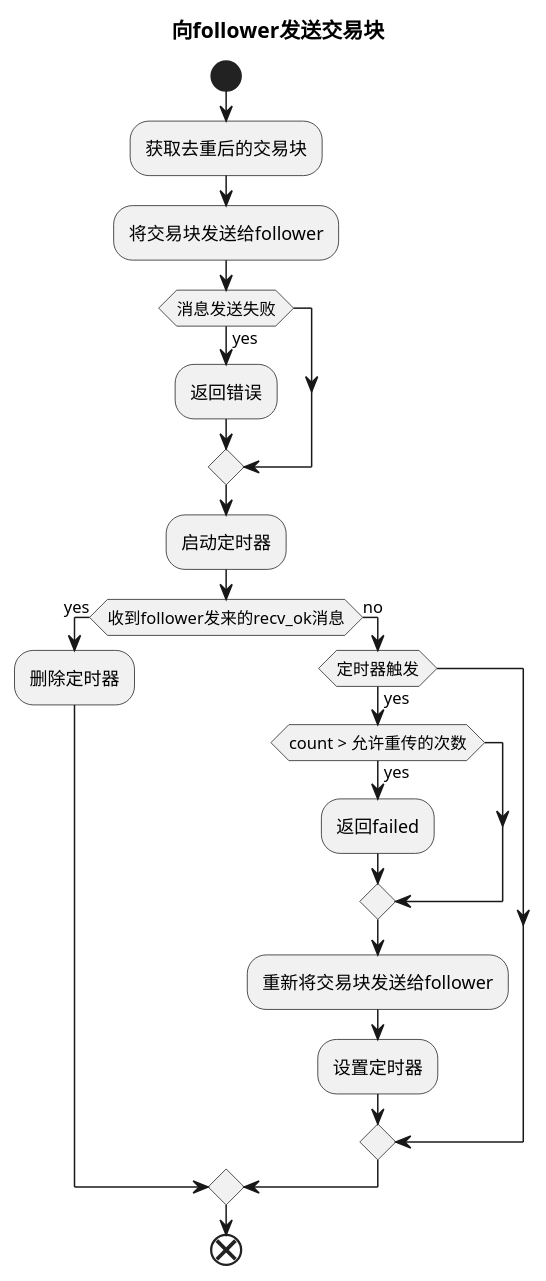
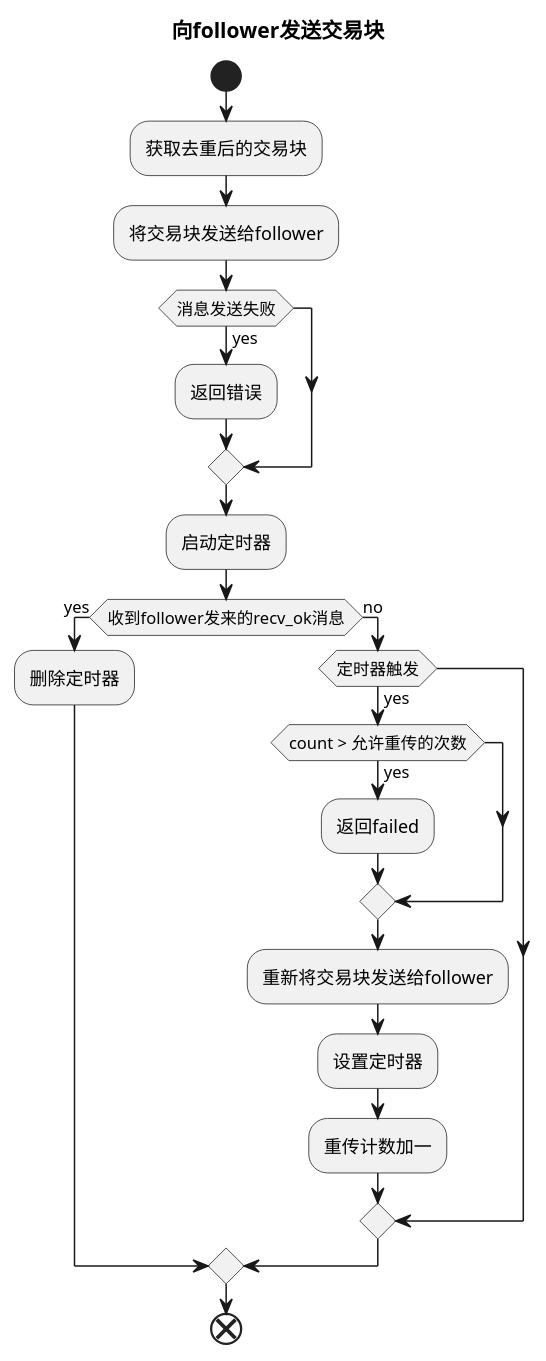
Before and after one commit to alvinleee/matrix-work: the diagram in doc/send_tx.wsd, drawn with PlantUML. The commit also changed 2 other files, not shown here.

Commit message:
添加 follower的流程图并在send_tx和tx_request中加入重传计数

```diff
--- a/doc/send_tx.wsd
+++ b/doc/send_tx.wsd
@@ -1,22 +1,23 @@
 @startuml
 title  向follower发送交易块
 start
 :获取去重后的交易块;
 :将交易块发送给follower;
 if (消息发送失败) then (yes)
     :返回错误;
 endif
 :启动定时器;
 if (收到follower发来的recv_ok消息)then (yes)
     :删除定时器;
 else (no)
     if(定时器触发) then (yes)
         if (count > 允许重传的次数) then (yes)
             :返回failed;
         endif
         :重新将交易块发送给follower;
         :设置定时器;
+        :重传计数加一;
     endif
 endif
 end
 @enduml
```
